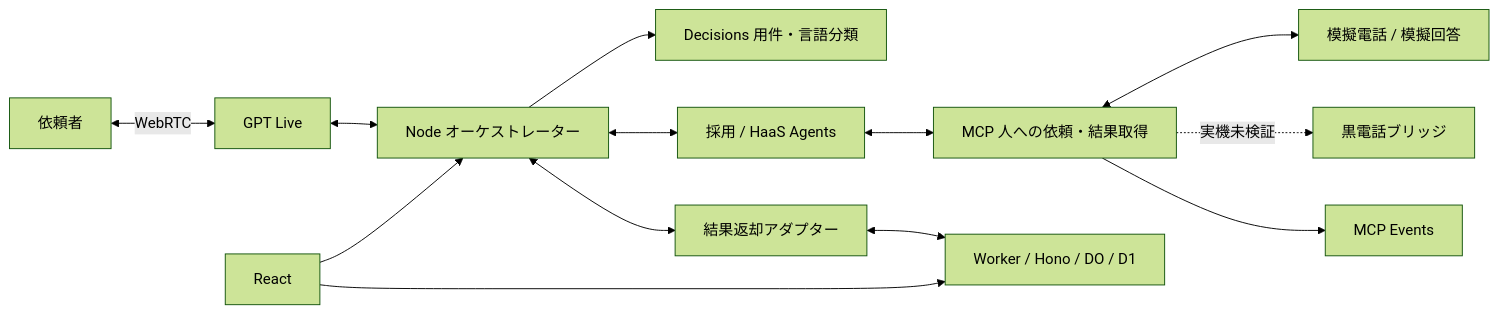
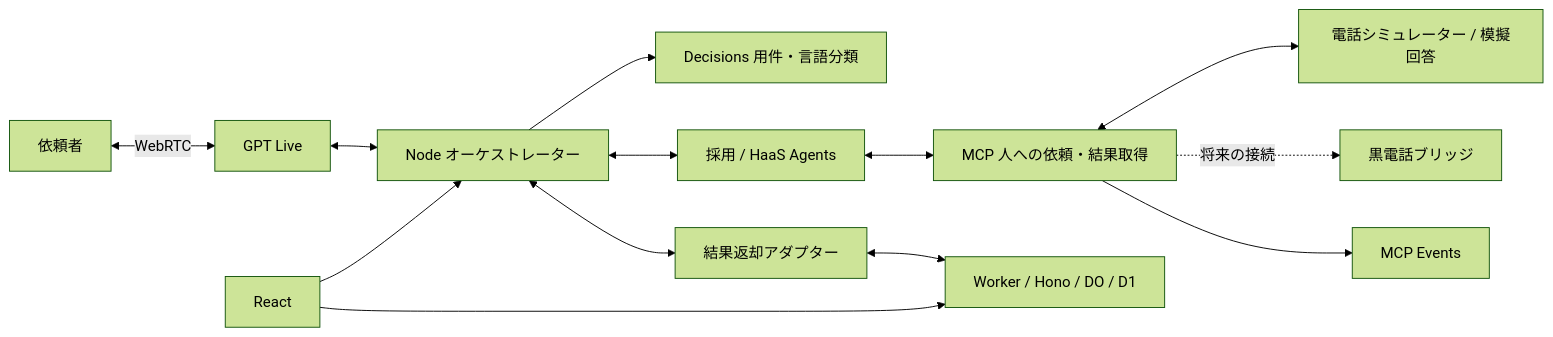
One commit to GOROman/devday-community-hackathon-2026-haas changed the diagram in README.md. Above: the diagram before and after it, drawn with Mermaid (forest theme). The commit also changed other lines of this file and 1 other file, not shown here.

````diff
--- a/README.md
+++ b/README.md
@@ -87,15 +106,15 @@
 ```mermaid
 flowchart LR
   U[依頼者] <-->|WebRTC| L[GPT Live]
   L <--> N[Node オーケストレーター]
   N --> D[Decisions 用件・言語分類]
   N <--> A[採用 / HaaS Agents]
   A <--> M[MCP 人への依頼・結果取得]
-  M <--> S[模擬電話 / 模擬回答]
-  M -. 実機未検証 .-> H[黒電話ブリッジ]
+  M <--> S[電話シミュレーター / 模擬回答]
+  M -. 将来の接続 .-> H[黒電話ブリッジ]
   M --> E[MCP Events]
   N <--> B[結果返却アダプター]
   B <--> W[Worker / Hono / DO / D1]
   F[React] --> N
   F --> W
 ```
````
